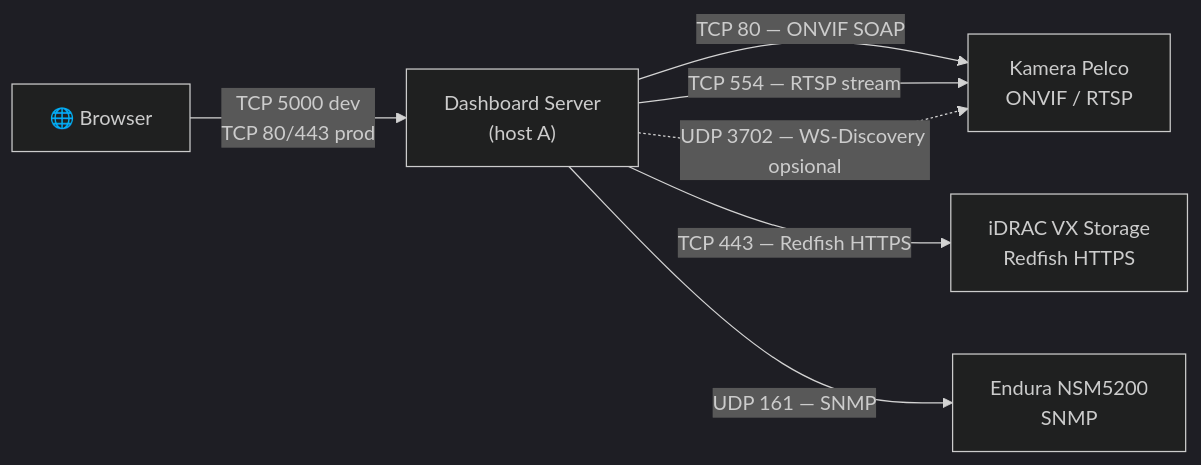
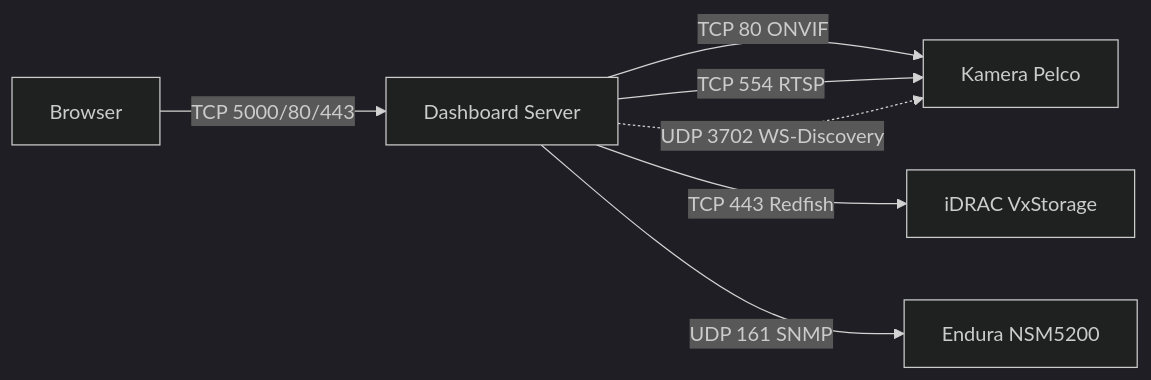
The fifth of 10 diagrams in README.md (nurfauziskandar/Dashboard-CCTV), drawn with Mermaid (dark theme) before and after one commit. The commit also changed other lines of this file, not shown here.

Commit message:
docs(readme): fix Mermaid arrow labels and diagram layout

````diff
--- a/README.md
+++ b/README.md
@@ -368,15 +362,10 @@
 ```mermaid
 flowchart LR
-    Browser["🌐 Browser"]
-    DashSrv["Dashboard Server\n(host A)"]
-    CAM["Kamera Pelco\nONVIF / RTSP"]
-    iDRAC["iDRAC VX Storage\nRedfish HTTPS"]
-    NSM["Endura NSM5200\nSNMP"]
+    Browser[Browser] -->|TCP 5000/80/443| Dash[Dashboard Server]
 
-    Browser -->|"TCP 5000 dev\nTCP 80/443 prod"| DashSrv
-    DashSrv -->|"TCP 80 — ONVIF SOAP"| CAM
-    DashSrv -->|"TCP 554 — RTSP stream"| CAM
-    DashSrv -.->|"UDP 3702 — WS-Discovery opsional"| CAM
-    DashSrv -->|"TCP 443 — Redfish HTTPS"| iDRAC
-    DashSrv -->|"UDP 161 — SNMP"| NSM
+    Dash -->|TCP 80 ONVIF| CAM[Kamera Pelco]
+    Dash -->|TCP 554 RTSP| CAM
+    Dash -.->|UDP 3702 WS-Discovery| CAM
+    Dash -->|TCP 443 Redfish| IDRAC[iDRAC VxStorage]
+    Dash -->|UDP 161 SNMP| NSM[Endura NSM5200]
 ```
````
